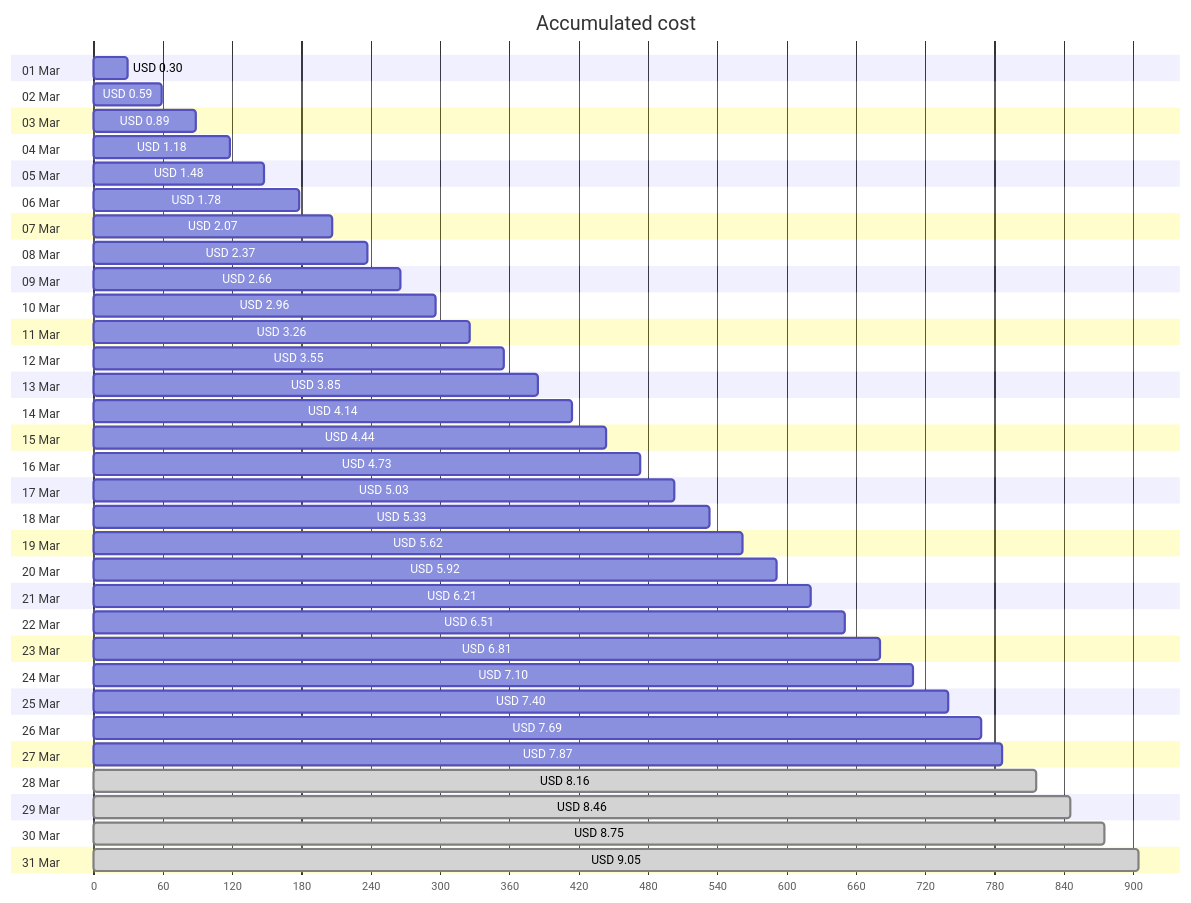
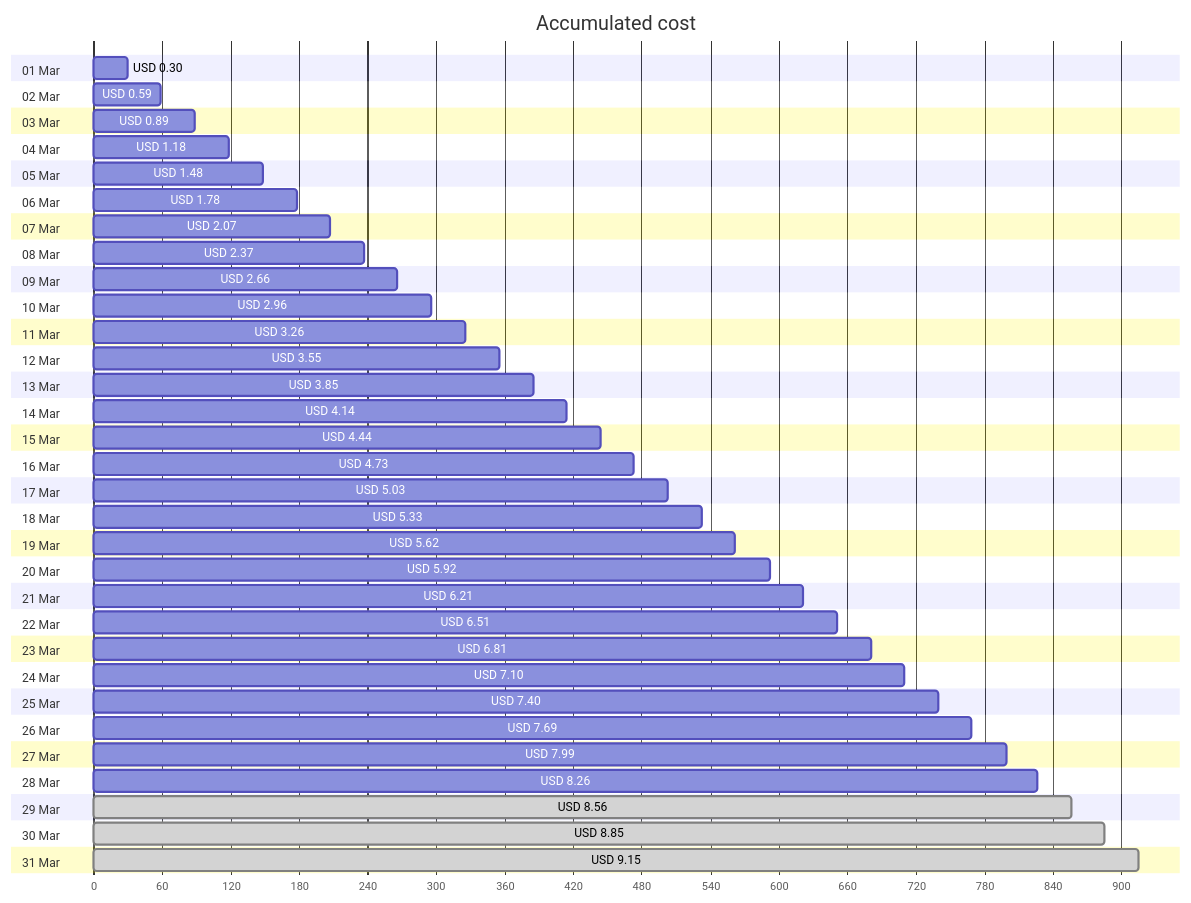
The first of 4 diagrams in cost-reports/personal-site/personal-site-preview.md (jpfulton/azure-personal-reports), drawn with Mermaid before and after one commit. The commit also changed other lines of this file and 7 other files, not shown here.

````diff
--- a/cost-reports/personal-site/personal-site-preview.md
+++ b/cost-reports/personal-site/personal-site-preview.md
@@ -20,68 +20,68 @@
 ```mermaid
 gantt
    title Accumulated cost
    dateFormat  X
    axisFormat %s
    section 01 Mar
    USD 0.30 :0, 30
    section 02 Mar
    USD 0.59 :0, 59
    section 03 Mar
    USD 0.89 :0, 89
    section 04 Mar
    USD 1.18 :0, 118
    section 05 Mar
    USD 1.48 :0, 148
    section 06 Mar
    USD 1.78 :0, 178
    section 07 Mar
    USD 2.07 :0, 207
    section 08 Mar
    USD 2.37 :0, 237
    section 09 Mar
    USD 2.66 :0, 266
    section 10 Mar
    USD 2.96 :0, 296
    section 11 Mar
    USD 3.26 :0, 326
    section 12 Mar
    USD 3.55 :0, 355
    section 13 Mar
    USD 3.85 :0, 385
    section 14 Mar
    USD 4.14 :0, 414
    section 15 Mar
    USD 4.44 :0, 444
    section 16 Mar
    USD 4.73 :0, 473
    section 17 Mar
    USD 5.03 :0, 503
    section 18 Mar
    USD 5.33 :0, 533
    section 19 Mar
    USD 5.62 :0, 562
    section 20 Mar
    USD 5.92 :0, 592
    section 21 Mar
    USD 6.21 :0, 621
    section 22 Mar
    USD 6.51 :0, 651
    section 23 Mar
    USD 6.81 :0, 681
    section 24 Mar
    USD 7.10 :0, 710
    section 25 Mar
    USD 7.40 :0, 740
    section 26 Mar
    USD 7.69 :0, 769
    section 27 Mar
-   USD 7.87 :0, 787
+   USD 7.99 :0, 799
    section 28 Mar
-   USD 8.16 : done, 0, 816
+   USD 8.26 :0, 826
    section 29 Mar
-   USD 8.46 : done, 0, 846
+   USD 8.56 : done, 0, 856
    section 30 Mar
-   USD 8.75 : done, 0, 875
+   USD 8.85 : done, 0, 885
    section 31 Mar
-   USD 9.05 : done, 0, 905
+   USD 9.15 : done, 0, 915
 ```
````
